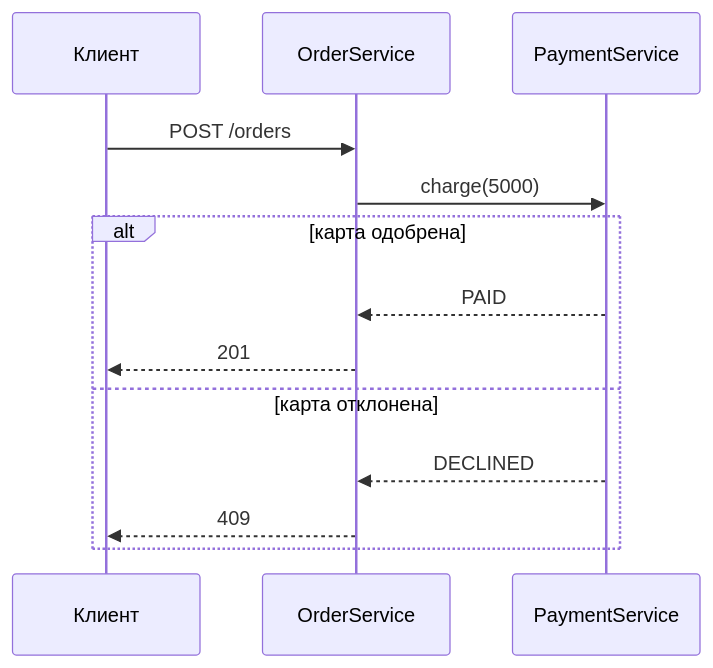
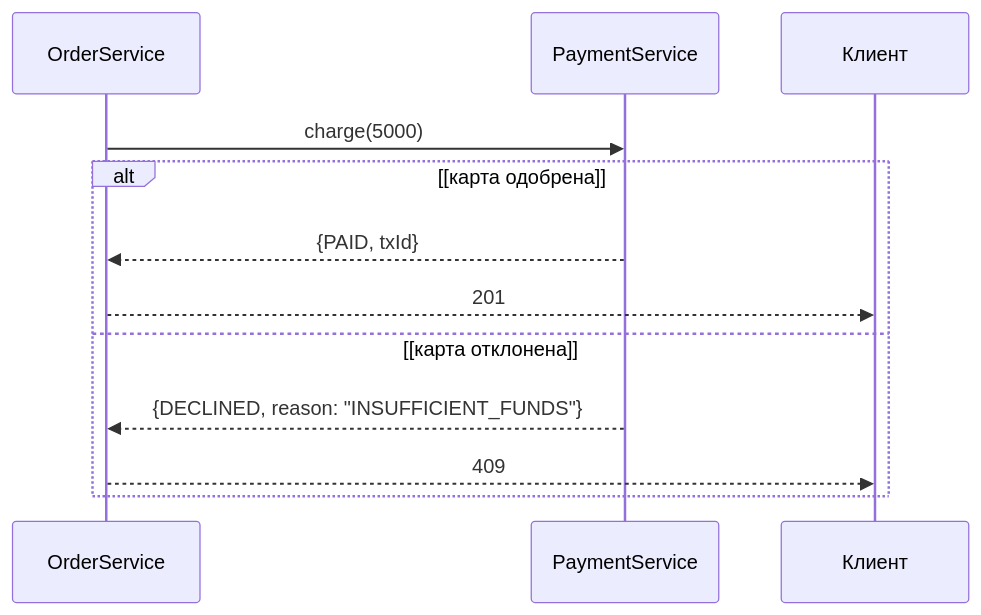
The second of 9 diagrams in tatiana-integratsii-ch1/zanyatie-03-uml-sequence/prezentaciya.md (MihailSbuchelov/System-Analysis-School), drawn with Mermaid before and after one commit. The commit also changed other lines of this file and 5 other files, not shown here.

````diff
--- a/tatiana-integratsii-ch1/zanyatie-03-uml-sequence/prezentaciya.md
+++ b/tatiana-integratsii-ch1/zanyatie-03-uml-sequence/prezentaciya.md
@@ -93,16 +106,15 @@
 ```mermaid
 sequenceDiagram
-    participant C as Клиент
     participant O as OrderService
     participant P as PaymentService
+    participant C as Клиент
 
-    C->>O: POST /orders
     O->>P: charge(5000)
-    alt карта одобрена
-        P-->>O: PAID
+    alt [карта одобрена]
+        P-->>O: {PAID, txId}
         O-->>C: 201
-    else карта отклонена
-        P-->>O: DECLINED
+    else [карта отклонена]
+        P-->>O: {DECLINED, reason: "INSUFFICIENT_FUNDS"}
         O-->>C: 409
     end
 ```
````
